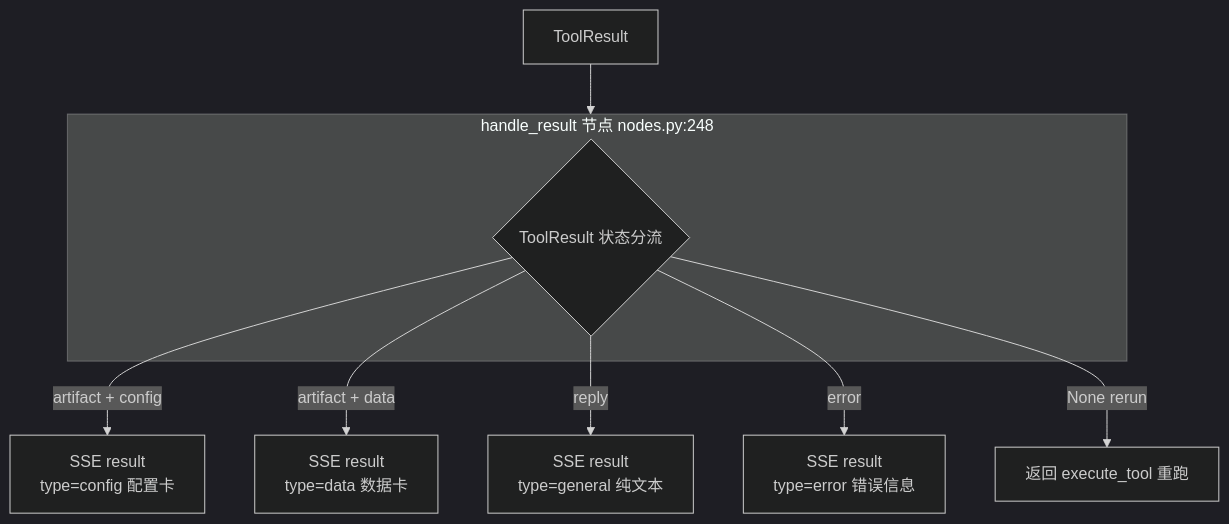
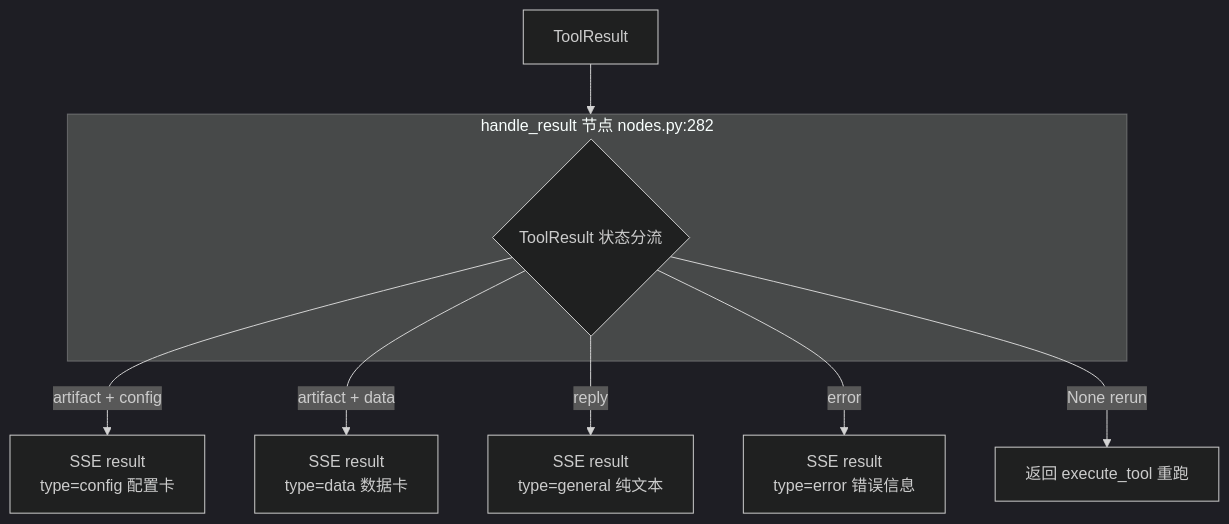
The sixth of 15 diagrams in doc/系统架构与学习指南.md (996Code/llm-to-modeler), drawn with Mermaid (dark theme) before and after one commit. The commit also changed other lines of this file, not shown here.

````diff
--- a/doc/系统架构与学习指南.md
+++ b/doc/系统架构与学习指南.md
@@ -153,14 +153,14 @@
 ```mermaid
 flowchart TD
     Result["ToolResult"] --> Check
 
-    subgraph Check["handle_result 节点 nodes.py:248"]
+    subgraph Check["handle_result 节点 nodes.py:282"]
         R1{"ToolResult 状态分流"}
     end
 
     R1 -->|artifact + config| SSE1["SSE result<br/>type=config 配置卡"]
     R1 -->|artifact + data| SSE2["SSE result<br/>type=data 数据卡"]
     R1 -->|reply| SSE3["SSE result<br/>type=general 纯文本"]
     R1 -->|error| SSE4["SSE result<br/>type=error 错误信息"]
     R1 -->|None rerun| Loop["返回 execute_tool 重跑"]
 ```
````
